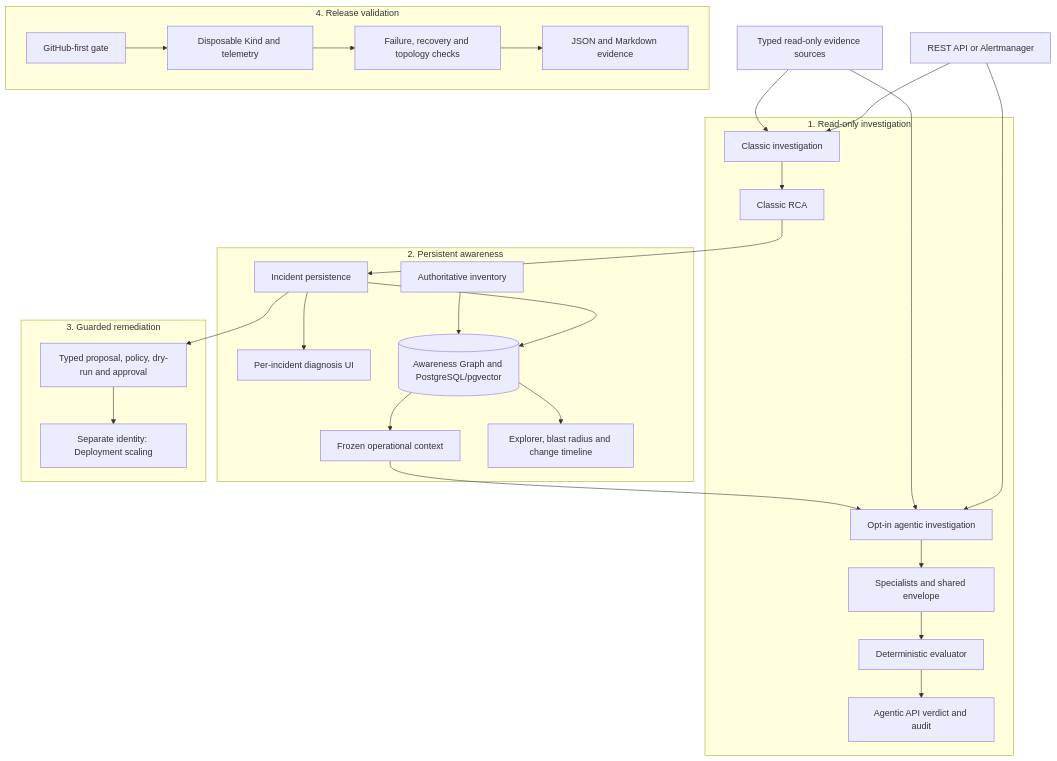
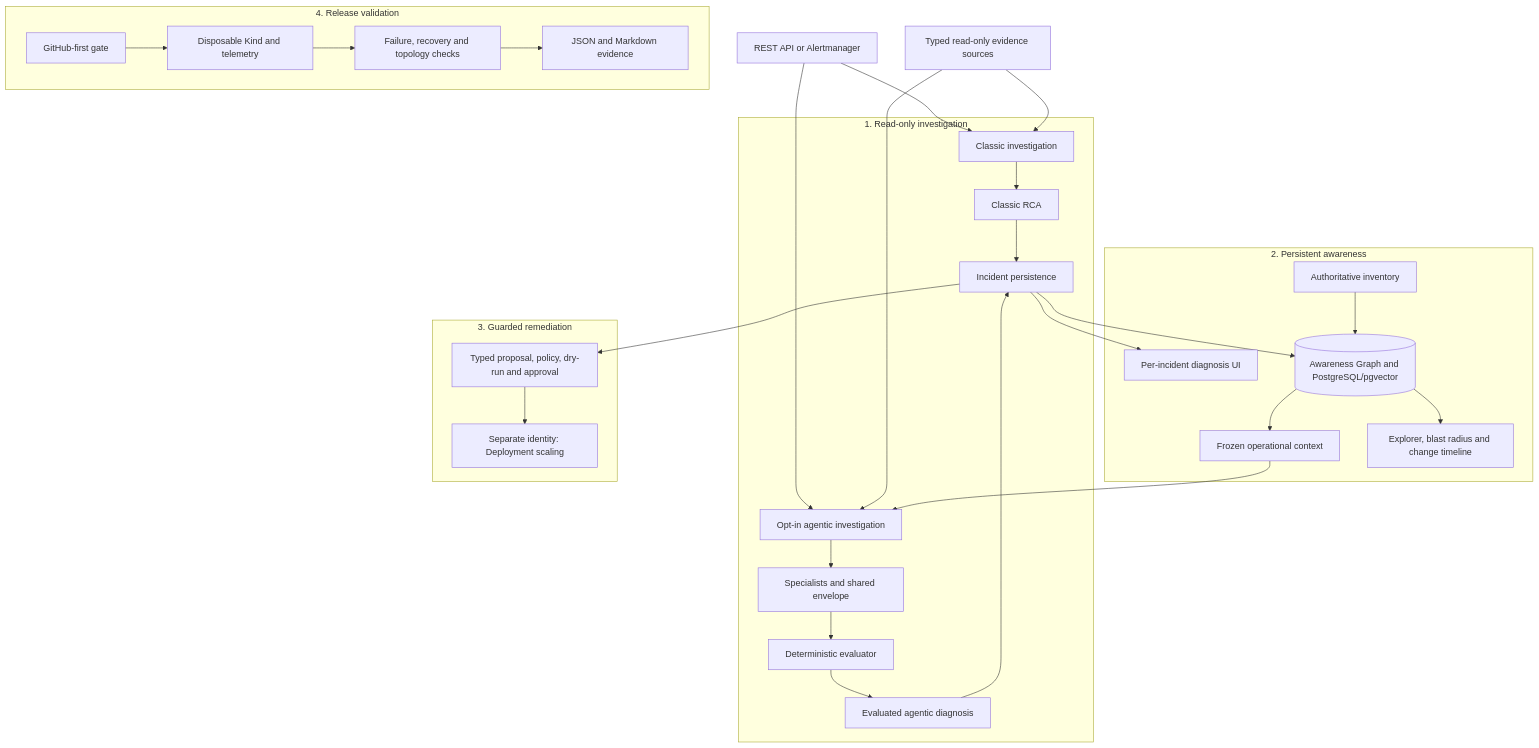
The first of 28 diagrams in docs/architecture.md (marcocristofolini/ai-sre-rca), drawn with Mermaid before and after one commit. The commit also changed other lines of this file and 17 other files, not shown here.

Commit message:
feat(agentic): persist evaluated diagnoses and expose specialist decisions in UI

````diff
--- a/docs/architecture.md
+++ b/docs/architecture.md
@@ -9,31 +9,32 @@
 ```mermaid
 flowchart TD
     IN["REST API or Alertmanager"] --> CORE["Classic investigation"]
     IN --> PLAN["Opt-in agentic investigation"]
     SRC["Typed read-only evidence sources"] --> CORE
     SRC --> PLAN
     subgraph READ["1. Read-only investigation"]
       CORE --> RCA["Classic RCA"]
       PLAN --> ENV["Specialists and shared envelope"]
       ENV --> EVAL["Deterministic evaluator"]
-      EVAL --> AR["Agentic API verdict and audit"]
+      EVAL --> AR["Evaluated agentic diagnosis"]
+      AR --> STORE
     end
     subgraph AWARE["2. Persistent awareness"]
       RCA --> STORE["Incident persistence"]
       STORE --> DIAG["Per-incident diagnosis UI"]
       STORE --> PAG[("Awareness Graph and PostgreSQL/pgvector")]
       INV["Authoritative inventory"] --> PAG
       PAG --> CTX["Frozen operational context"]
       CTX --> PLAN
       PAG --> VIEW["Explorer, blast radius and change timeline"]
     end
     subgraph REM["3. Guarded remediation"]
       STORE --> POLICY["Typed proposal, policy, dry-run and approval"]
       POLICY --> ACT["Separate identity: Deployment scaling"]
     end
     subgraph VAL["4. Release validation"]
       GH["GitHub-first gate"] --> KIND["Disposable Kind and telemetry"]
       KIND --> HAR["Failure, recovery and topology checks"]
       HAR --> REP["JSON and Markdown evidence"]
     end
 ```
````
